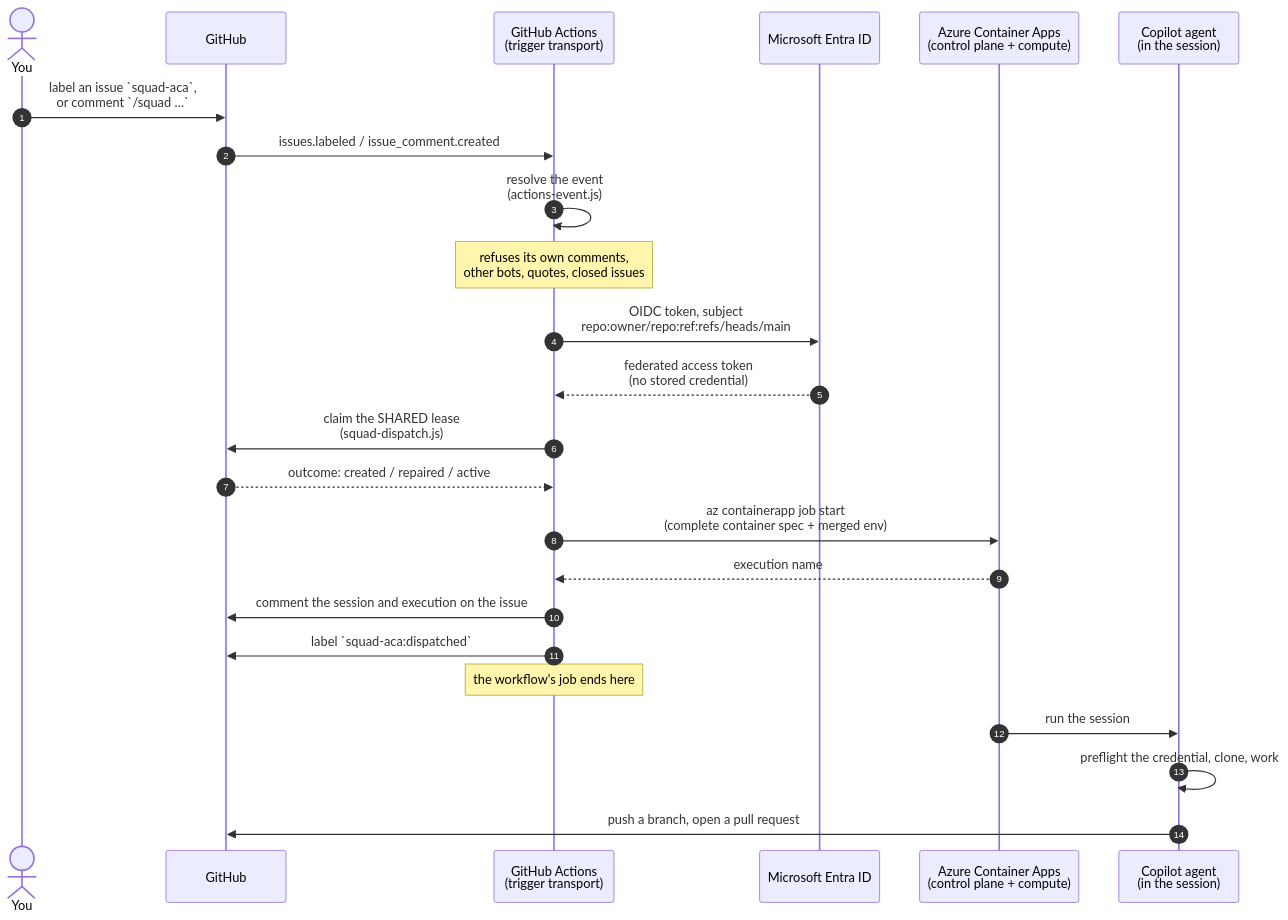
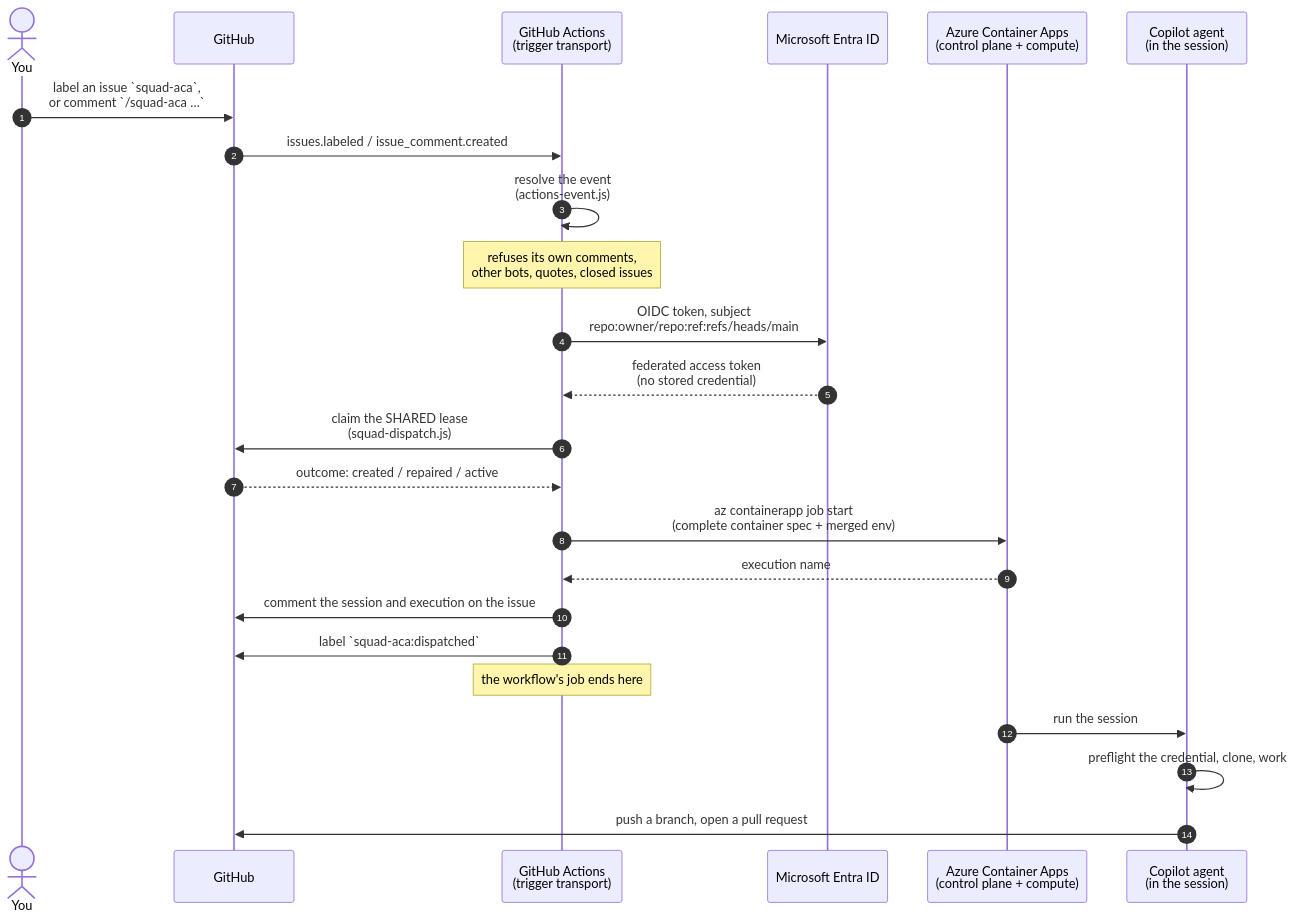
Before and after one commit to swigerb/squad-on-aca: the diagram in docs/actions-trigger.md, drawn with Mermaid. The commit also changed other lines of this file and 8 other files, not shown here.

````diff
--- a/docs/actions-trigger.md
+++ b/docs/actions-trigger.md
@@ -14,27 +14,27 @@
 ```mermaid
 sequenceDiagram
     autonumber
     actor Dev as You
     participant GH as GitHub
     participant GA as GitHub Actions<br/>(trigger transport)
     participant AAD as Microsoft Entra ID
     participant ACA as Azure Container Apps<br/>(control plane + compute)
     participant Ag as Copilot agent<br/>(in the session)
 
-    Dev->>GH: label an issue `squad-aca`,<br/>or comment `/squad …`
+    Dev->>GH: label an issue `squad-aca`,<br/>or comment `/squad-aca …`
     GH->>GA: issues.labeled / issue_comment.created
     GA->>GA: resolve the event<br/>(actions-event.js)
     Note over GA: refuses its own comments,<br/>other bots, quotes, closed issues
     GA->>AAD: OIDC token, subject<br/>repo:owner/repo:ref:refs/heads/main
     AAD-->>GA: federated access token<br/>(no stored credential)
     GA->>GH: claim the SHARED lease<br/>(squad-dispatch.js)
     GH-->>GA: outcome: created / repaired / active
     GA->>ACA: az containerapp job start<br/>(complete container spec + merged env)
     ACA-->>GA: execution name
     GA->>GH: comment the session and execution on the issue
     GA->>GH: label `squad-aca:dispatched`
     Note over GA: the workflow's job ends here
     ACA->>Ag: run the session
     Ag->>Ag: preflight the credential, clone, work
     Ag->>GH: push a branch, open a pull request
 ```
````
